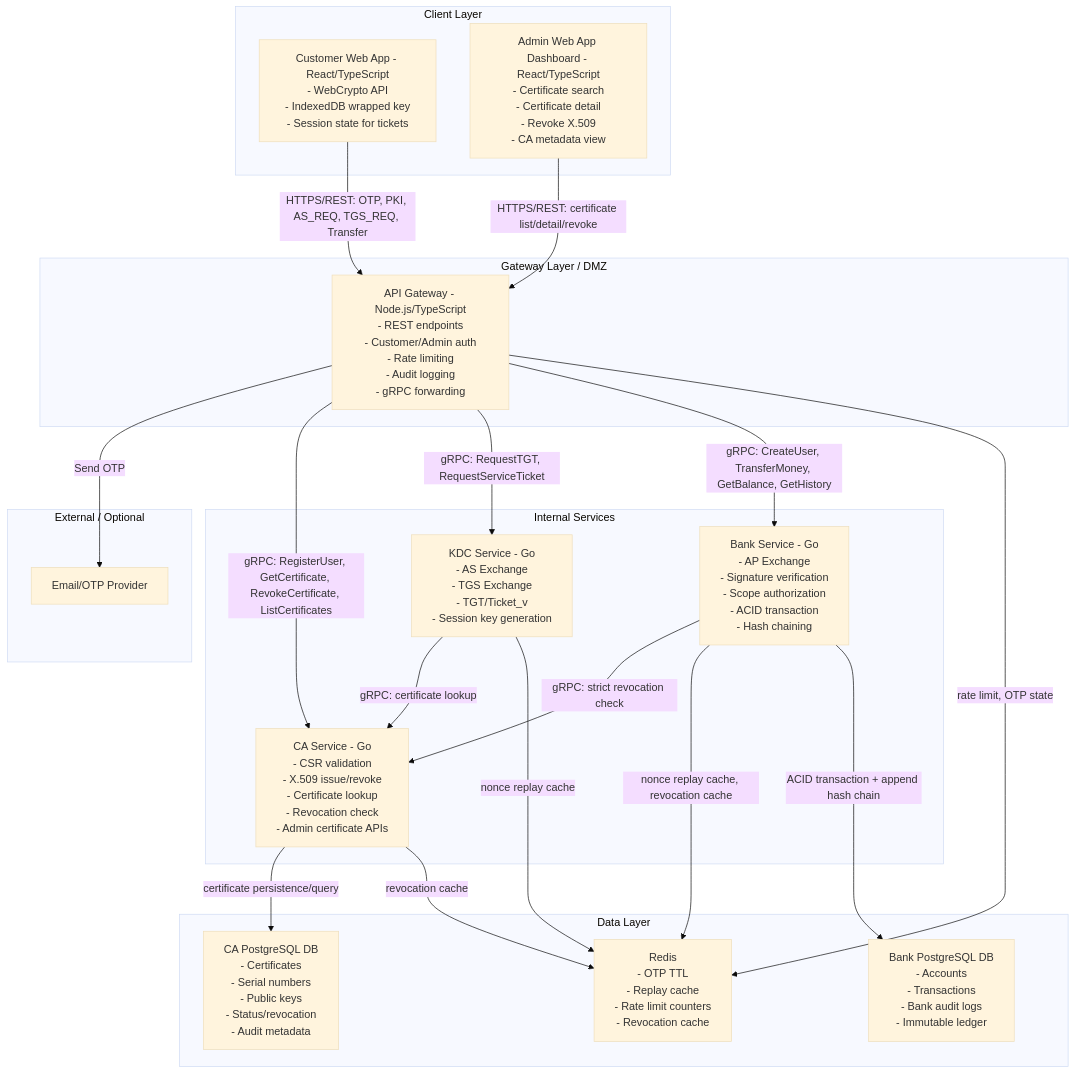
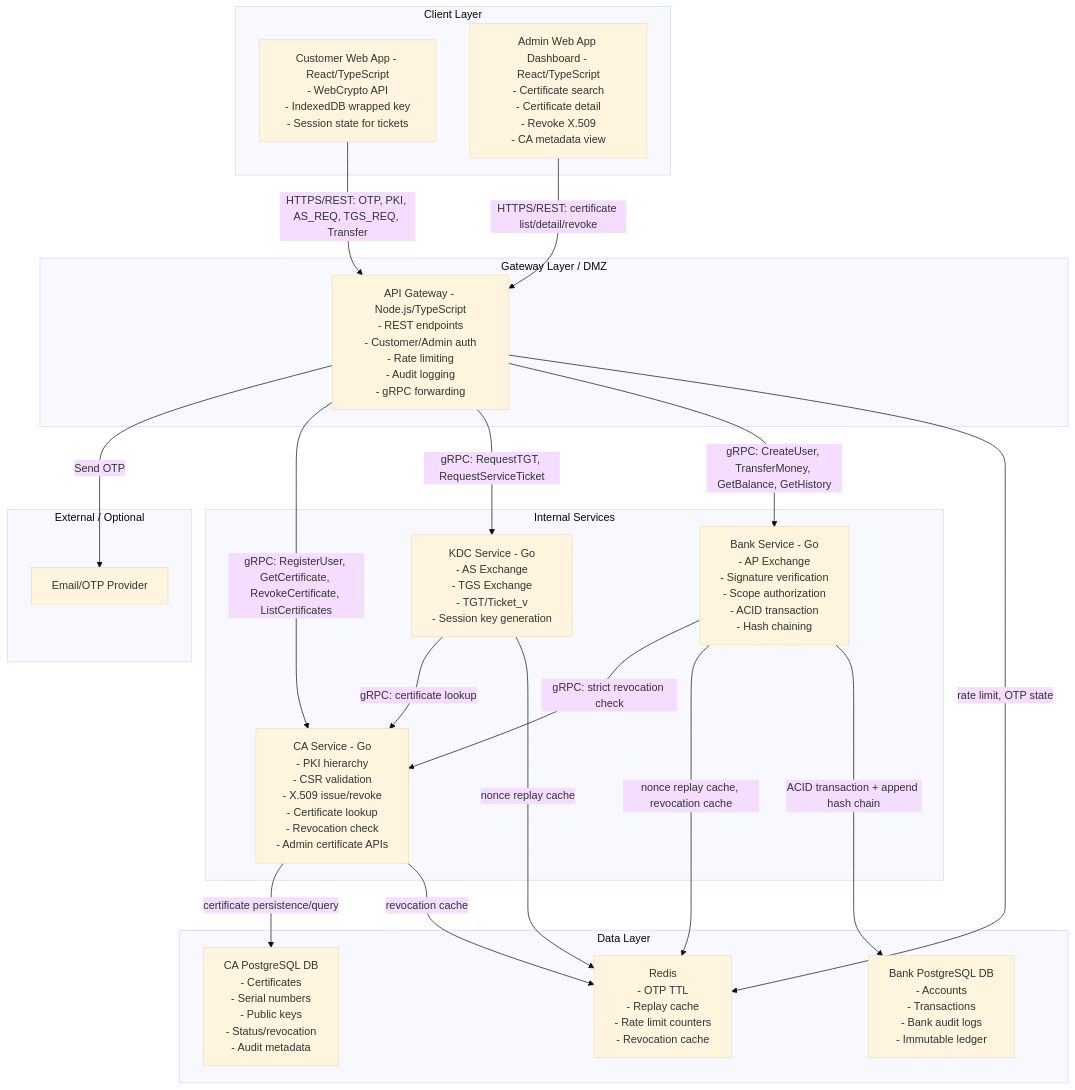
The second of 6 diagrams in blueprint/design.md (TNTT2305hcmus/mini-banking-app), drawn with Mermaid (base theme) before and after one commit. The commit also changed other lines of this file and 38 other files, not shown here.

````diff
--- a/blueprint/design.md
+++ b/blueprint/design.md
@@ -308,45 +360,45 @@
 ```mermaid
 flowchart TB
     subgraph ClientLayer["Client Layer"]
         CustomerWeb["Customer Web App - React/TypeScript\n- WebCrypto API\n- IndexedDB wrapped key\n- Session state for tickets"]
         AdminDashboard["Admin Web App Dashboard - React/TypeScript\n- Certificate search\n- Certificate detail\n- Revoke X.509\n- CA metadata view"]
     end
 
     subgraph DMZ["Gateway Layer / DMZ"]
         Gateway["API Gateway - Node.js/TypeScript\n- REST endpoints\n- Customer/Admin auth\n- Rate limiting\n- Audit logging\n- gRPC forwarding"]
     end
 
     subgraph Internal["Internal Services"]
-        CA["CA Service - Go\n- CSR validation\n- X.509 issue/revoke\n- Certificate lookup\n- Revocation check\n- Admin certificate APIs"]
+        CA["CA Service - Go\n- PKI hierarchy\n- CSR validation\n- X.509 issue/revoke\n- Certificate lookup\n- Revocation check\n- Admin certificate APIs"]
         KDC["KDC Service - Go\n- AS Exchange\n- TGS Exchange\n- TGT/Ticket_v\n- Session key generation"]
         Bank["Bank Service - Go\n- AP Exchange\n- Signature verification\n- Scope authorization\n- ACID transaction\n- Hash chaining"]
     end
 
     subgraph Data["Data Layer"]
         CADB["CA PostgreSQL DB\n- Certificates\n- Serial numbers\n- Public keys\n- Status/revocation\n- Audit metadata"]
         BankDB["Bank PostgreSQL DB\n- Accounts\n- Transactions\n- Bank audit logs\n- Immutable ledger"]
         Redis["Redis\n- OTP TTL\n- Replay cache\n- Rate limit counters\n- Revocation cache"]
     end
 
     subgraph External["External / Optional"]
         Email["Email/OTP Provider"]
     end
 
     CustomerWeb -->|HTTPS/REST: OTP, PKI, AS_REQ, TGS_REQ, Transfer| Gateway
     AdminDashboard -->|HTTPS/REST: certificate list/detail/revoke| Gateway
 
     Gateway -->|Send OTP| Email
     Gateway -->|gRPC: RegisterUser, GetCertificate, RevokeCertificate, ListCertificates| CA
     Gateway -->|gRPC: RequestTGT, RequestServiceTicket| KDC
     Gateway -->|gRPC: CreateUser, TransferMoney, GetBalance, GetHistory| Bank
 
     KDC -->|gRPC: certificate lookup| CA
     Bank -->|gRPC: strict revocation check| CA
 
     CA -->|certificate persistence/query| CADB
     Gateway -->|rate limit, OTP state| Redis
     CA -->|revocation cache| Redis
     KDC -->|nonce replay cache| Redis
     Bank -->|nonce replay cache, revocation cache| Redis
     Bank -->|ACID transaction + append hash chain| BankDB
 ```
````
